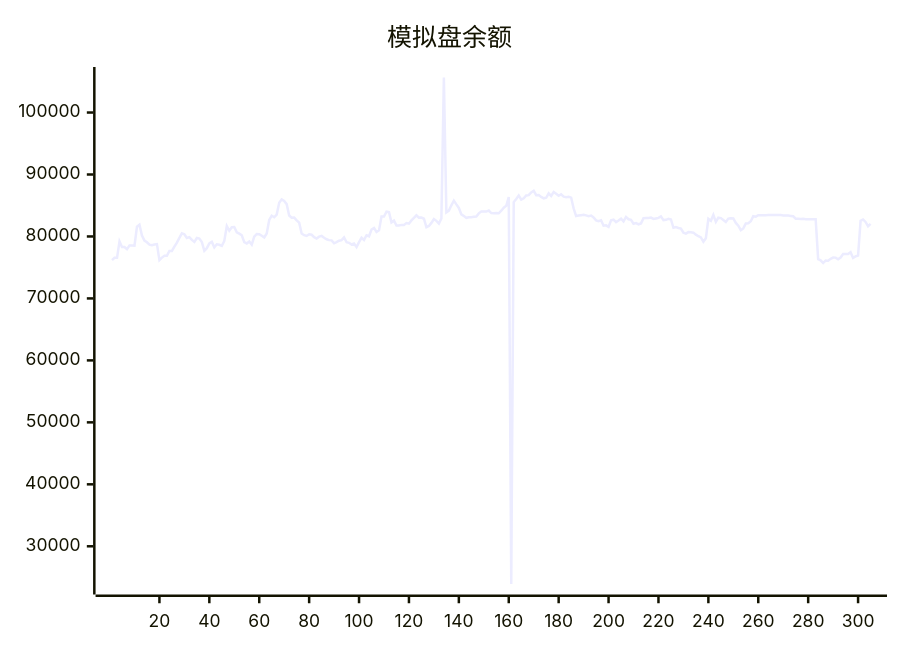
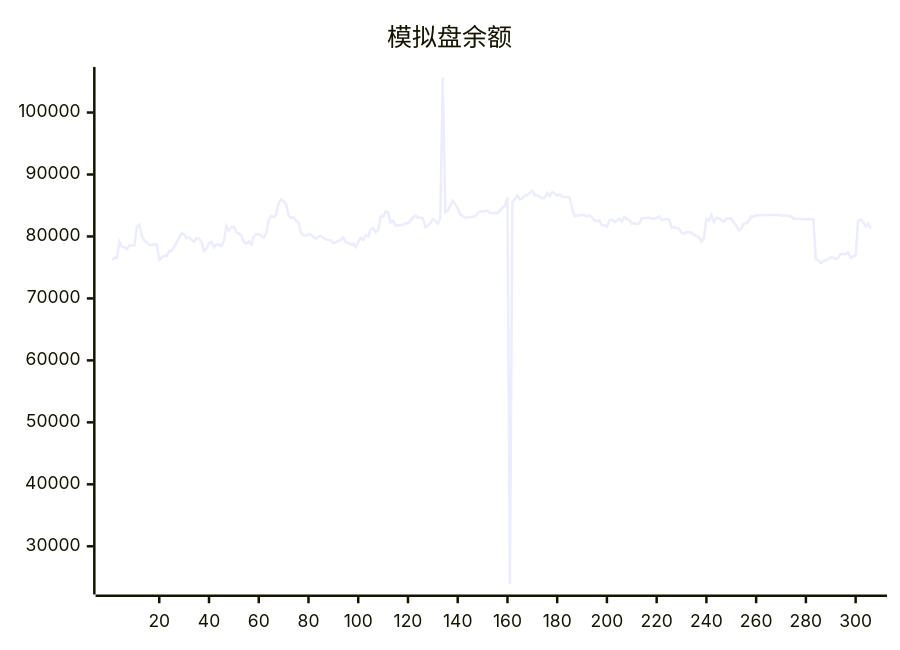
One commit to aahl/ai-trading changed the diagram in README.md. Above: the diagram before and after it, drawn with Mermaid. The commit also changed other lines of this file and 1 other file, not shown here.

````diff
--- a/README.md
+++ b/README.md
@@ -5,5 +5,5 @@
 ```mermaid
 xychart
     title "模拟盘余额"
-    line [76179,76553,76551,79196,78300,78300,77944,78531,78531,78521,81564,81884,80160,79335,79055,78675,78580,78708,78764,76179,76586,76902,76876,77658,77669,78346,79023,79769,80497,80366,79761,79896,79448,79126,79749,79658,79097,77695,78114,78888,79126,78249,78738,78653,78478,79271,81680,80923,81488,81527,80681,80455,80190,79084,78879,79193,78686,79954,80403,80374,80118,79848,80491,82665,83351,83098,83525,85430,85983,85737,85221,83378,83014,83043,82613,82216,80477,80208,80081,80348,80277,79894,79670,79965,80093,79786,79542,79406,79371,78893,79087,79304,79406,79841,79072,78978,78696,78846,78272,79085,79787,79442,80198,80031,81120,81379,80718,80985,83214,83212,83993,83921,82270,82547,81776,81776,81866,81866,82158,82061,82596,83000,83408,83041,83050,82858,81503,81691,82188,82812,82517,82092,82901,105633,83898,84180,85030,85781,85178,84604,83569,83298,83008,83093,83107,83175,83228,83729,84025,84017,84019,84177,83775,83762,83785,83738,84160,84639,84939,86370,23934,85548,86046,86599,85942,86161,86622,86664,87115,87369,86666,86685,86384,86152,86243,86969,86548,87164,86885,86566,86809,86427,86348,86417,86273,84538,83299,83369,83430,83490,83404,83270,83362,83056,82605,82459,82614,81734,81788,81551,82598,82702,82320,82580,82878,82426,83139,82778,82686,82056,82166,81963,82110,82951,82983,82984,83038,82838,82915,82998,83235,82642,82682,82858,82746,81396,81512,81362,81277,80600,80461,80699,80673,80616,80288,80038,79836,79142,79722,82837,82533,83480,82366,83032,82960,82654,82330,82883,82934,82901,82188,81728,81005,81298,82110,82135,82449,83264,83203,83440,83439,83440,83440,83446,83447,83448,83447,83448,83449,83369,83369,83369,83313,83256,82872,82873,82801,82844,82785,82791,82791,82793,82794,76339,76145,75714,76110,76096,76397,76594,76585,76310,76607,77160,77170,77160,77456,76541,76774,76927,82520,82744,82337,81639,82040]
+    line [76179,76553,76551,79196,78300,78300,77944,78531,78531,78521,81564,81884,80160,79335,79055,78675,78580,78708,78764,76179,76586,76902,76876,77658,77669,78346,79023,79769,80497,80366,79761,79896,79448,79126,79749,79658,79097,77695,78114,78888,79126,78249,78738,78653,78478,79271,81680,80923,81488,81527,80681,80455,80190,79084,78879,79193,78686,79954,80403,80374,80118,79848,80491,82665,83351,83098,83525,85430,85983,85737,85221,83378,83014,83043,82613,82216,80477,80208,80081,80348,80277,79894,79670,79965,80093,79786,79542,79406,79371,78893,79087,79304,79406,79841,79072,78978,78696,78846,78272,79085,79787,79442,80198,80031,81120,81379,80718,80985,83214,83212,83993,83921,82270,82547,81776,81776,81866,81866,82158,82061,82596,83000,83408,83041,83050,82858,81503,81691,82188,82812,82517,82092,82901,105633,83898,84180,85030,85781,85178,84604,83569,83298,83008,83093,83107,83175,83228,83729,84025,84017,84019,84177,83775,83762,83785,83738,84160,84639,84939,86370,23934,85548,86046,86599,85942,86161,86622,86664,87115,87369,86666,86685,86384,86152,86243,86969,86548,87164,86885,86566,86809,86427,86348,86417,86273,84538,83299,83369,83430,83490,83404,83270,83362,83056,82605,82459,82614,81734,81788,81551,82598,82702,82320,82580,82878,82426,83139,82778,82686,82056,82166,81963,82110,82951,82983,82984,83038,82838,82915,82998,83235,82642,82682,82858,82746,81396,81512,81362,81277,80600,80461,80699,80673,80616,80288,80038,79836,79142,79722,82837,82533,83480,82366,83032,82960,82654,82330,82883,82934,82901,82188,81728,81005,81298,82110,82135,82449,83264,83203,83440,83439,83440,83440,83446,83447,83448,83447,83448,83449,83369,83369,83369,83313,83256,82872,82873,82801,82844,82785,82791,82791,82793,82794,76339,76145,75714,76110,76096,76397,76594,76585,76310,76607,77160,77170,77160,77456,76541,76774,76927,82520,82744,82337,81639,82040,81307]
 ```
````
